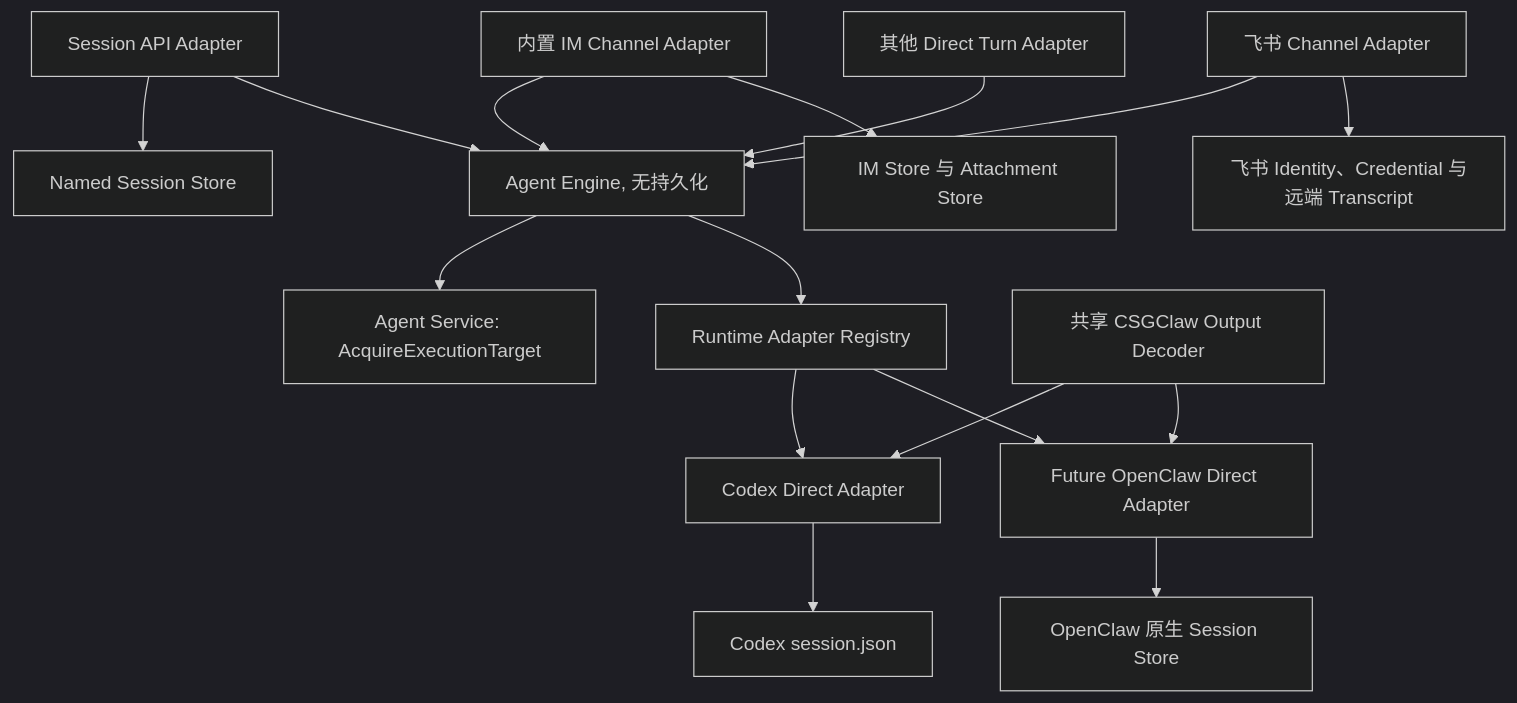
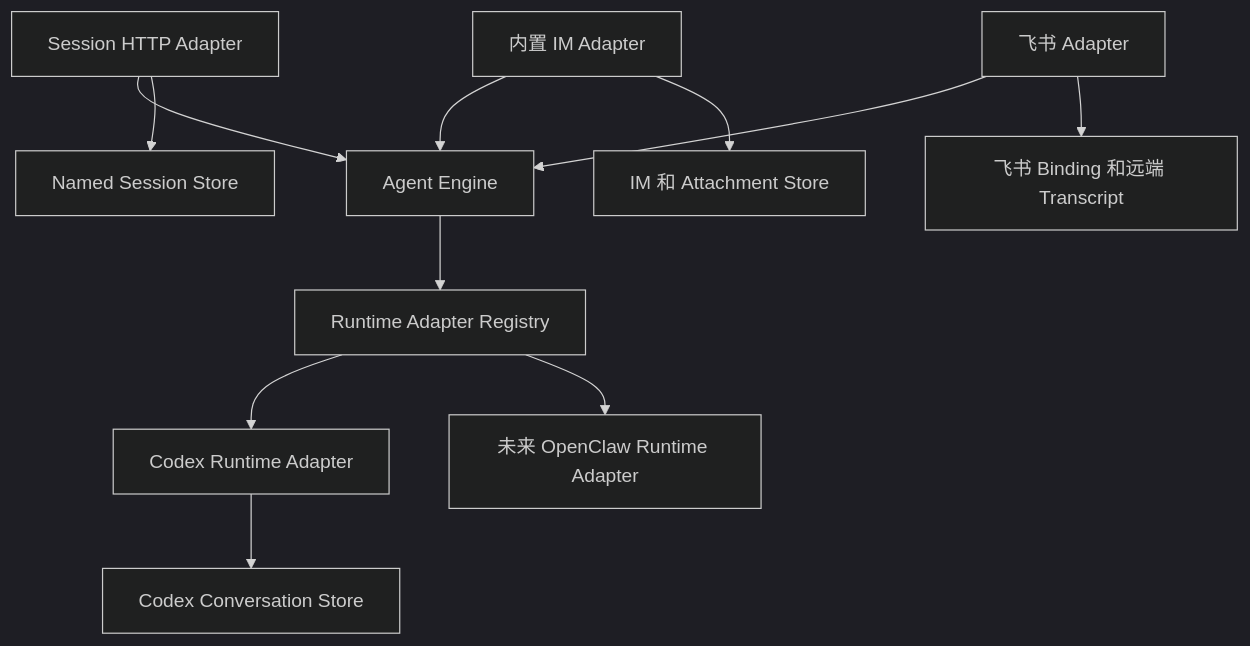
Before and after one commit to OpenCSGs/csgclaw: the diagram in docs/tech/agent-engine-decoupling.zh.md, drawn with Mermaid (dark theme). The commit also changed other lines of this file and 4 other files, not shown here.

Commit message:
docs(agent-engine): Simplify docs and Draft the Engine Interface

````diff
--- a/docs/tech/agent-engine-decoupling.zh.md
+++ b/docs/tech/agent-engine-decoupling.zh.md
@@ -268,23 +102,15 @@
 ```mermaid
 flowchart TB
-    SessionAPI["Session API Adapter"] --> SessionStore["Named Session Store"]
-    SessionAPI --> Engine
-    Builtin["内置 IM Channel Adapter"] --> Engine["Agent Engine, 无持久化"]
-    Feishu["飞书 Channel Adapter"] --> Engine
-    Other["其他 Direct Turn Adapter"] --> Engine
+    Session["Session HTTP Adapter"] --> Engine["Agent Engine"]
+    IM["内置 IM Adapter"] --> Engine
+    Feishu["飞书 Adapter"] --> Engine
 
-    Engine --> Resolver["Agent Service: AcquireExecutionTarget"]
     Engine --> Registry["Runtime Adapter Registry"]
+    Registry --> Codex["Codex Runtime Adapter"]
+    Registry --> OpenClaw["未来 OpenClaw Runtime Adapter"]
 
-    Registry --> Codex["Codex Direct Adapter"]
-    Registry --> Open["Future OpenClaw Direct Adapter"]
-
-    Codex --> CodexState["Codex session.json"]
-    Open --> OpenState["OpenClaw 原生 Session Store"]
-
-    Builtin --> IM["IM Store 与 Attachment Store"]
-    Feishu --> FeishuState["飞书 Identity、Credential 与远端 Transcript"]
-
-    Protocol["共享 CSGClaw Output Decoder"] --> Codex
-    Protocol --> Open
+    Session --> Named["Named Session Store"]
+    IM --> IMStore["IM 和 Attachment Store"]
+    Feishu --> FeishuState["飞书 Binding 和远端 Transcript"]
+    Codex --> CodexStore["Codex Conversation Store"]
 ```
````
